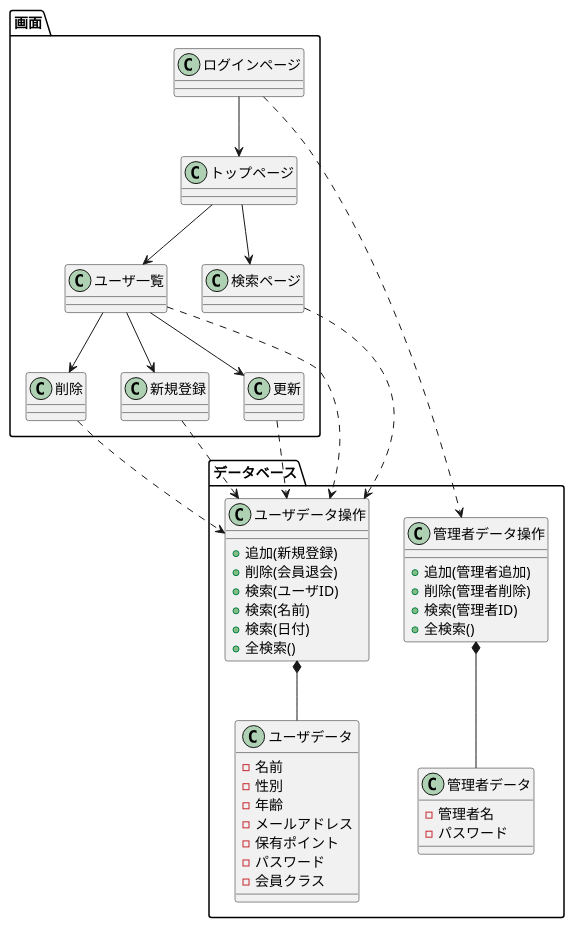
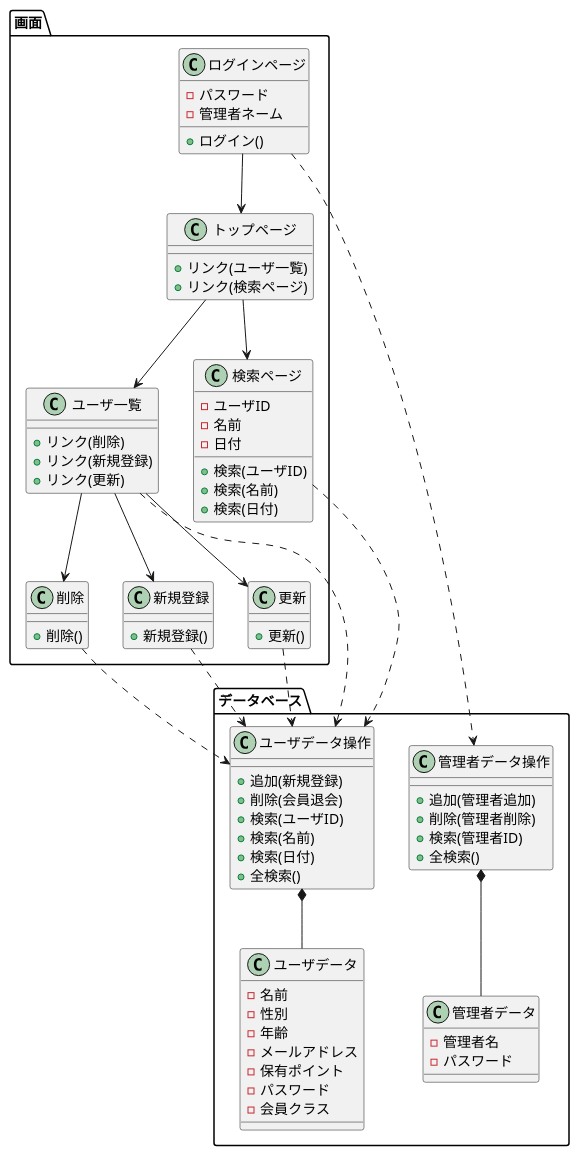
Before and after one commit to toufu66/ProjectC: the diagram in uml/class_pp.pu, drawn with PlantUML.

Commit message:
クラス図追記

```diff
--- a/uml/class_pp.pu
+++ b/uml/class_pp.pu
@@ -1,57 +1,81 @@
 @startuml
 package 画面{
-	class ログインページ
-	class トップページ
-	class ユーザ一覧
-	class 検索ページ
-	class 削除
-	class 新規登録
-	class 更新
+	class ログインページ{
+		+ログイン()
+		-パスワード
+		-管理者ネーム
+	}
+	class トップページ{
+		+リンク(ユーザ一覧)
+		+リンク(検索ページ)
+	}
+	class ユーザ一覧{
+		+リンク(削除)
+		+リンク(新規登録)
+		+リンク(更新)
+	}
+	class 検索ページ{
+		-ユーザID
+		-名前
+		-日付
+		+検索(ユーザID)
+		+検索(名前)
+		+検索(日付)
+	}
+	class 削除{
+		+削除()
+	}
+	class 新規登録{
+		+新規登録()
+	}
+	class 更新{
+		+更新()
+	}
 }
 package データベース{
 	class ユーザデータ操作{
 		+追加(新規登録)
 		+削除(会員退会)
 		+検索(ユーザID)
 		+検索(名前)
 		+検索(日付)
 		+全検索()
 	}
 	class ユーザデータ{
 		-名前
 		-性別
 		-年齢
 		-メールアドレス
 		-保有ポイント
 		-パスワード
 		-会員クラス
 	}
 	class 管理者データ{
 		-管理者名
 		-パスワード
 	}
 	class 管理者データ操作{
 		+追加(管理者追加)
 		+削除(管理者削除)
 		+検索(管理者ID)
 		+全検索()
 	}
 }
 
 ログインページ --> トップページ
 ログインページ ..> 管理者データ操作
 トップページ --> ユーザ一覧
 トップページ --> 検索ページ
 ユーザ一覧 --> 新規登録
 ユーザ一覧 --> 更新
 ユーザ一覧 --> 削除
 ユーザ一覧 ..> ユーザデータ操作
 新規登録 ..> ユーザデータ操作
 更新 ..> ユーザデータ操作
 削除 ..> ユーザデータ操作
 検索ページ ..> ユーザデータ操作
 
 ユーザデータ操作 *--  ユーザデータ
 管理者データ操作 *--  管理者データ
 
 @enduml
```
